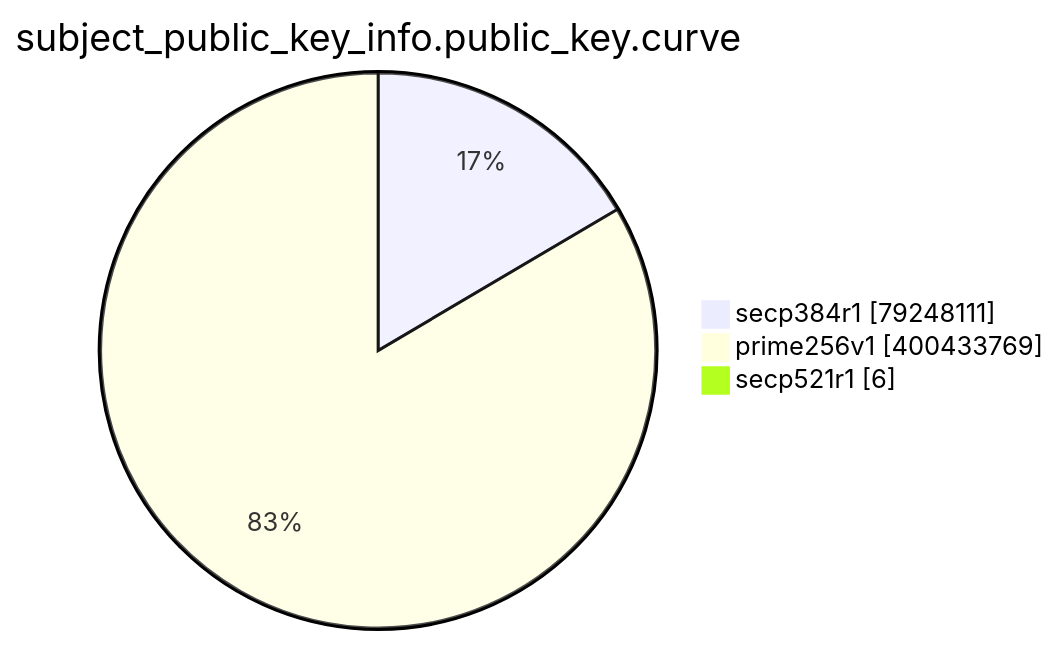
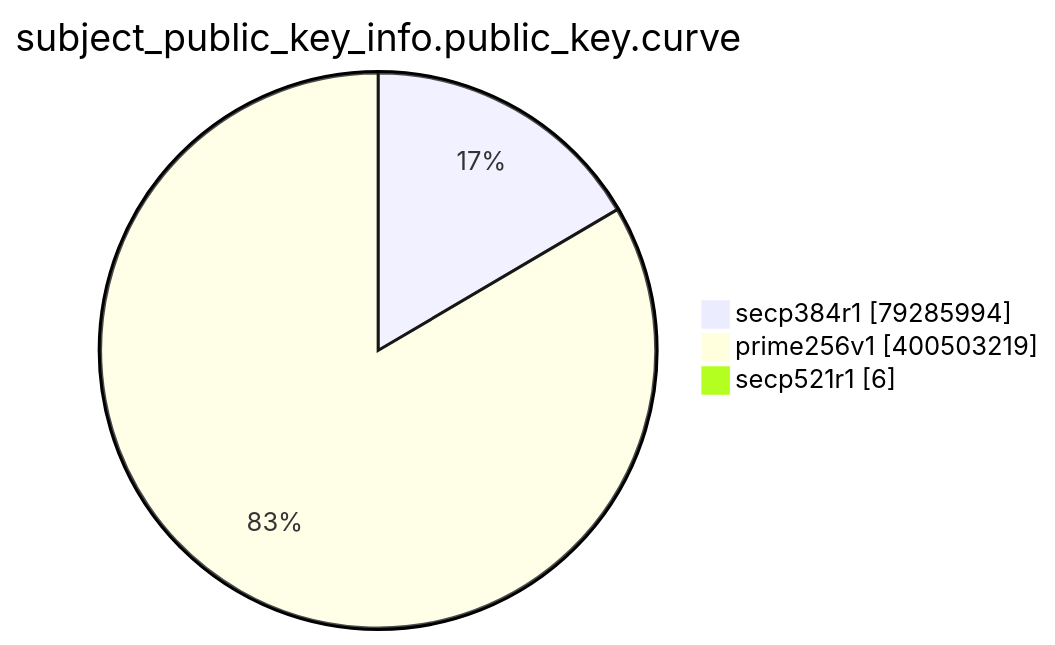
Before and after one commit to christiankrug/ctmonitor_visualization: the eighth of 15 diagrams in TOTAL/README.md, drawn with Mermaid. The commit also changed other lines of this file, not shown here.

````diff
--- a/TOTAL/README.md
+++ b/TOTAL/README.md
@@ -3095,7 +3095,7 @@
 ```mermaid
 pie showData
 title subject_public_key_info.public_key.curve
-"secp384r1" :79248111
-"prime256v1" :400433769
+"secp384r1" :79285994
+"prime256v1" :400503219
 "secp521r1" :6
 ```
````
